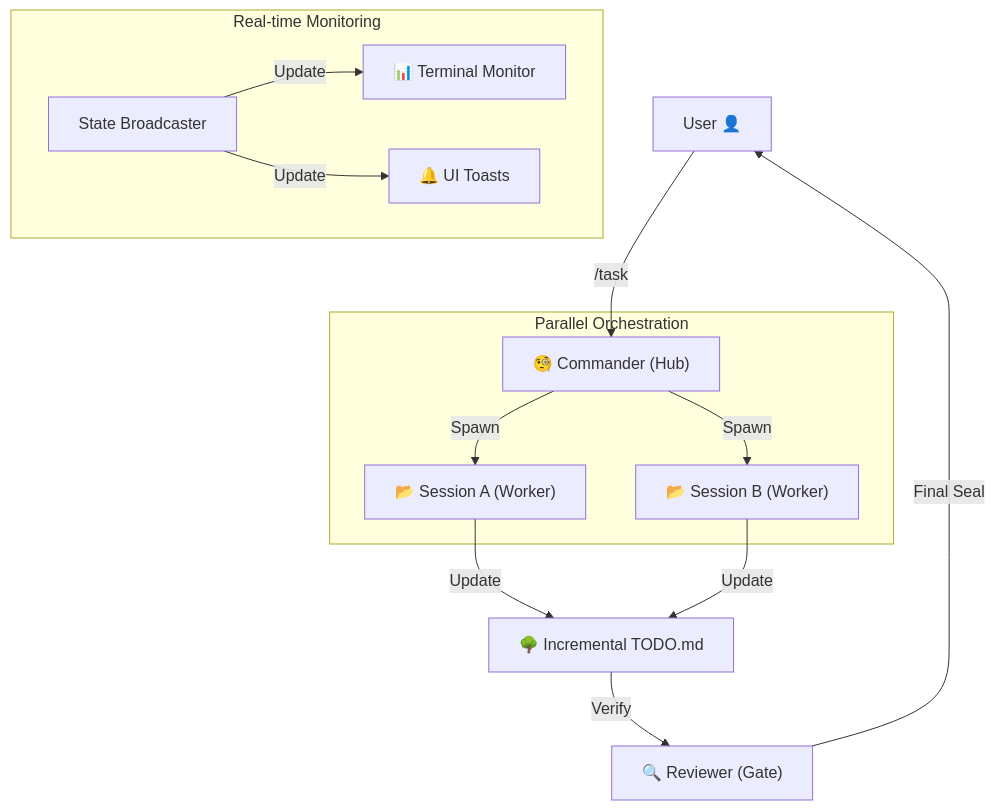
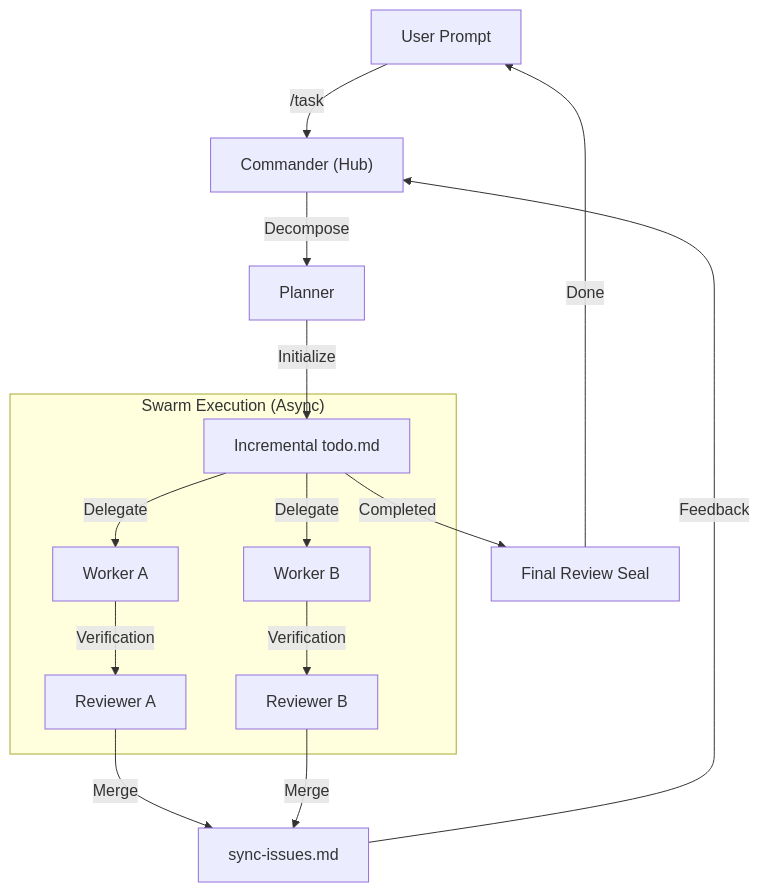
Before and after one commit to agnusdei1207/opencode-orchestrator: the diagram in docs/SYSTEM_ARCHITECTURE.md, drawn with Mermaid. The commit also changed other lines of this file and 14 other files, not shown here.

Commit message:
feat: implement persistent-autonomous architecture with zero-payload system transform and async continuation logic

````diff
--- a/docs/SYSTEM_ARCHITECTURE.md
+++ b/docs/SYSTEM_ARCHITECTURE.md
@@ -32,20 +76,18 @@
 ```mermaid
 graph TD
-    User["User 👤"] -->|/task| Commander["🧐 Commander (Hub)"]
+    User["User Prompt"] -->|/task| Commander["Commander (Hub)"]
+    Commander -->|Decompose| Planner["Planner"]
+    Planner -->|Initialize| Todo["Incremental todo.md"]
     
-    subgraph "Parallel Orchestration"
-        Commander -->|Spawn| Session1["📂 Session A (Worker)"]
-        Commander -->|Spawn| Session2["📂 Session B (Worker)"]
+    subgraph "Swarm Execution (Async)"
+        Todo -->|Delegate| Worker1["Worker A"]
+        Todo -->|Delegate| Worker2["Worker B"]
+        Worker1 -->|Verification| Reviewer1["Reviewer A"]
+        Worker2 -->|Verification| Reviewer2["Reviewer B"]
     end
     
-    Session1 -->|Update| Todo["🌳 Incremental TODO.md"]
-    Session2 -->|Update| Todo
-    
-    subgraph "Real-time Monitoring"
-        Broadcaster["State Broadcaster"] -->|Update| TUI["📊 Terminal Monitor"]
-        Broadcaster -->|Update| Toasts["🔔 UI Toasts"]
-    end
-    
-    Todo -->|Verify| Reviewer["🔍 Reviewer (Gate)"]
-    Reviewer -->|Final Seal| User
+    Reviewer1 & Reviewer2 -->|Merge| Sync["sync-issues.md"]
+    Sync -->|Feedback| Commander
+    Todo -->|Completed| Seal["Final Review Seal"]
+    Seal -->|Done| User
 ```
````
